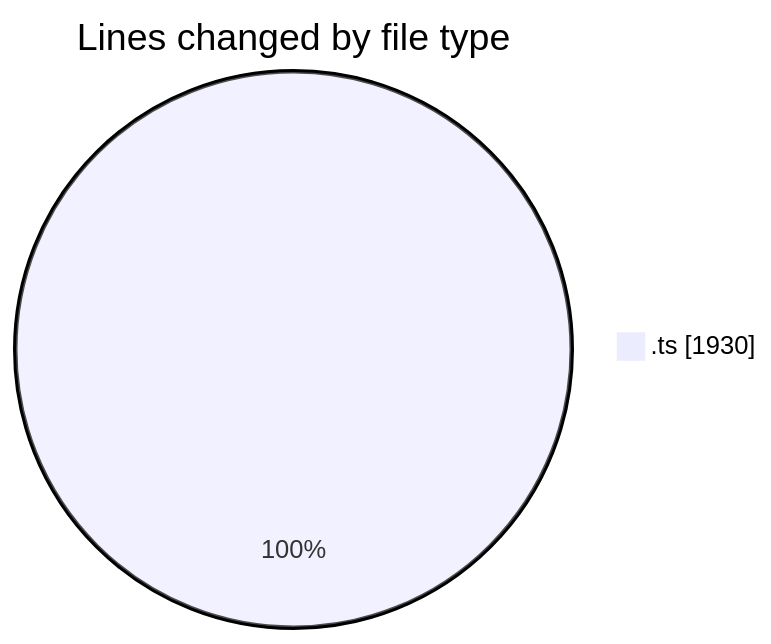
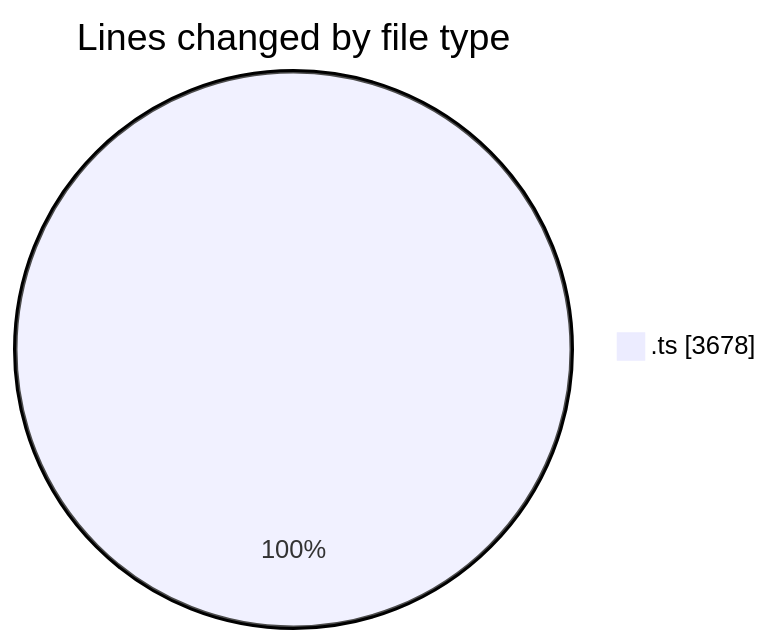
Before and after one commit to tmsrecording-cyber/code-tracking: the first of 2 diagrams in 2026-02-04/singularitybrainai/README.md, drawn with Mermaid. The commit also changed other lines of this file and 1 other file, not shown here.

````diff
--- a/2026-02-04/singularitybrainai/README.md
+++ b/2026-02-04/singularitybrainai/README.md
@@ -22,5 +24,5 @@
 ```mermaid
 pie showData
 title Lines changed by file type
-".ts" : 1930
+".ts" : 3678
 ```
````
